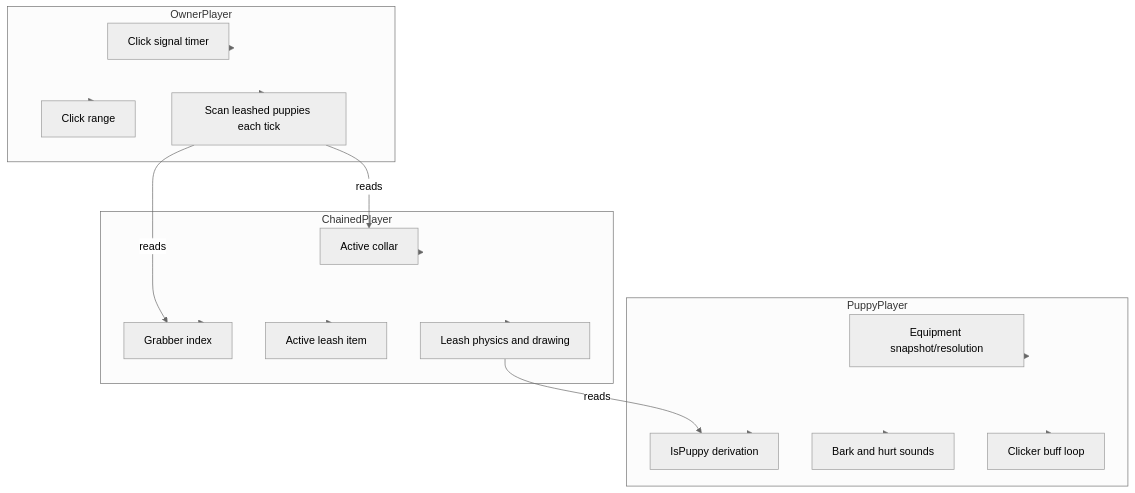
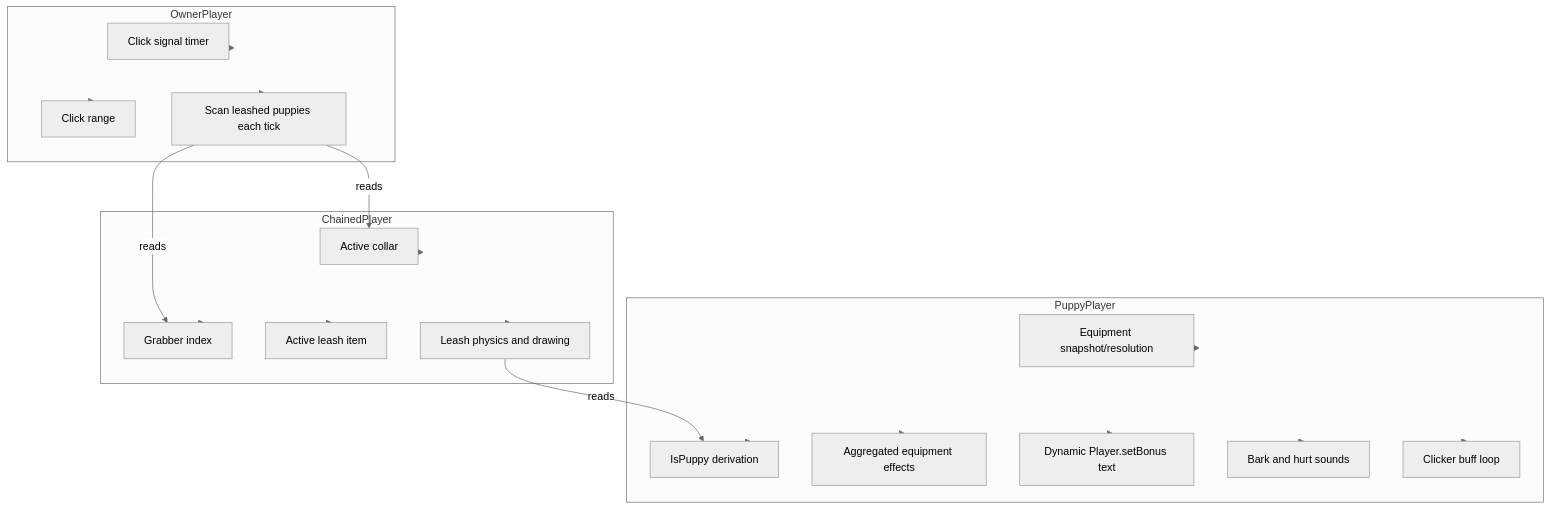
The diagram in docs/Player-State-Hierarchy.md (POLA-LCS/PolasPuppyMod), drawn with Mermaid (neutral theme) before and after one commit. The commit also changed other lines of this file and 7 other files, not shown here.

Commit message:
docs: update puppy set architecture and behavior

````diff
--- a/docs/Player-State-Hierarchy.md
+++ b/docs/Player-State-Hierarchy.md
@@ -7,37 +7,41 @@
 ```mermaid
 flowchart TB
     subgraph PuppySide[PuppyPlayer]
         Equipment[Equipment snapshot/resolution]
         IsPuppy[IsPuppy derivation]
+        EquipmentEffects[Aggregated equipment effects]
+        SetText[Dynamic Player.setBonus text]
         BarkSys[Bark and hurt sounds]
         ClickerLoop[Clicker buff loop]
     end
 
     subgraph ChainedSide[ChainedPlayer]
         Collar[Active collar]
         Grabber[Grabber index]
         LeashItem[Active leash item]
         Physics[Leash physics and drawing]
     end
 
     subgraph OwnerSide[OwnerPlayer]
         ClickSignal[Click signal timer]
         ClickRange[Click range]
         OwnerScan[Scan leashed puppies each tick]
     end
 
     PuppySide --> IsPuppy
     PuppySide --> Equipment
+    PuppySide --> EquipmentEffects
+    PuppySide --> SetText
     PuppySide --> BarkSys
     PuppySide --> ClickerLoop
     ChainedSide --> Collar
     ChainedSide --> Grabber
     ChainedSide --> LeashItem
     ChainedSide --> Physics
     OwnerSide --> ClickSignal
     OwnerSide --> ClickRange
     OwnerSide --> OwnerScan
     OwnerScan -- reads --> Grabber
     OwnerScan -- reads --> Collar
     Physics -- reads --> IsPuppy
 ```
````
